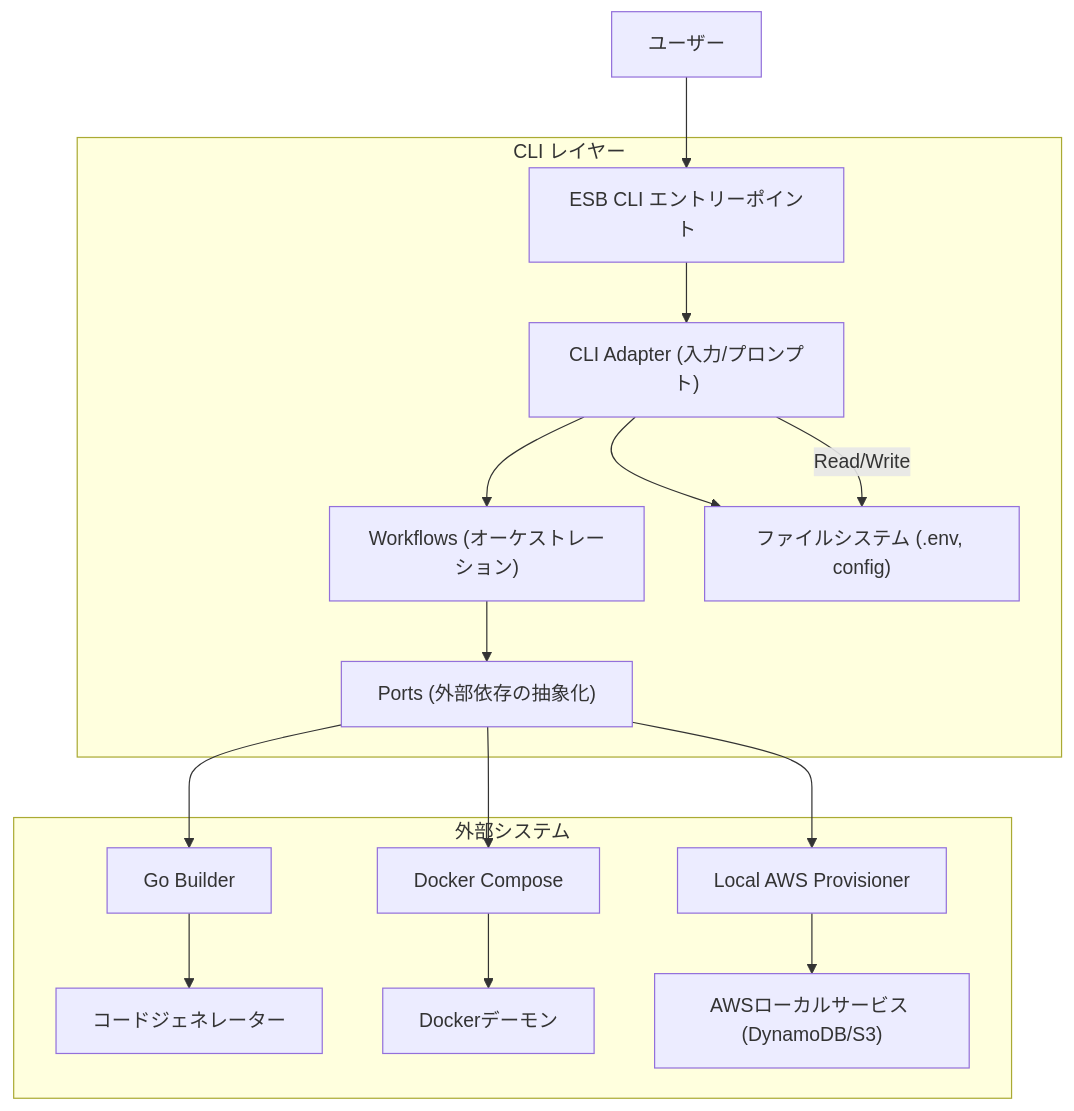
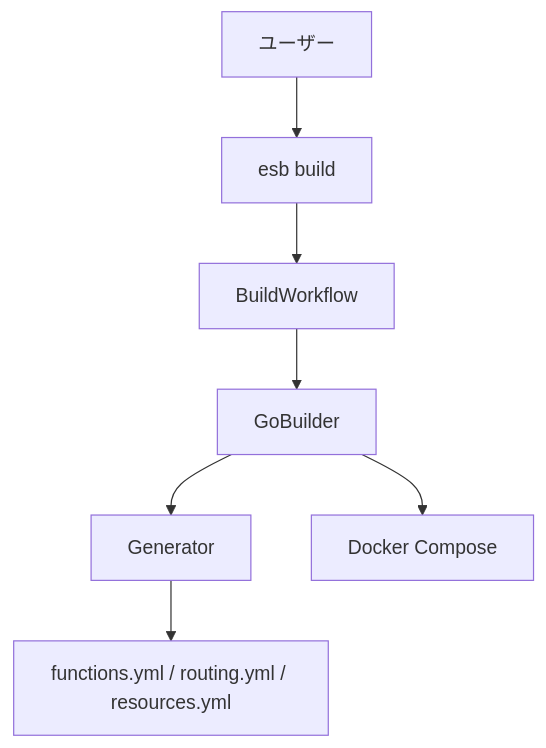
Before and after one commit to poruru-code/esb-cli: the diagram in docs/architecture.md, drawn with Mermaid. The commit also changed other lines of this file and 85 other files, not shown here.

Commit message:
CLI: generator.yml廃止 / Drop generator config

````diff
--- a/docs/architecture.md
+++ b/docs/architecture.md
@@ -11,22 +9,9 @@
 ```mermaid
 graph TD
-    User[ユーザー] --> CLI[ESB CLI エントリーポイント]
-
-    subgraph "CLI レイヤー"
-        CLI --> App["CLI Adapter (入力/プロンプト)"]
-        App --> Workflows["Workflows (オーケストレーション)"]
-        Workflows --> Ports["Ports (外部依存の抽象化)"]
-        App --> ConfigFS["ファイルシステム (.env, config)"]
-    end
-
-    subgraph "外部システム"
-        Ports --> Builder[Go Builder]
-        Ports --> Compose[Docker Compose]
-        Ports --> Provisioner[Local AWS Provisioner]
-        Builder --> Gen[コードジェネレーター]
-        Compose --> Docker[Dockerデーモン]
-        Provisioner --> AWS["AWSローカルサービス (DynamoDB/S3)"]
-    end
-
-    App -->|Read/Write| ConfigFS
+    User[ユーザー] --> CLI[esb build]
+    CLI --> Workflows[BuildWorkflow]
+    Workflows --> Builder[GoBuilder]
+    Builder --> Generator[Generator]
+    Builder --> Compose[Docker Compose]
+    Generator --> Files[functions.yml / routing.yml / resources.yml]
 ```
````
